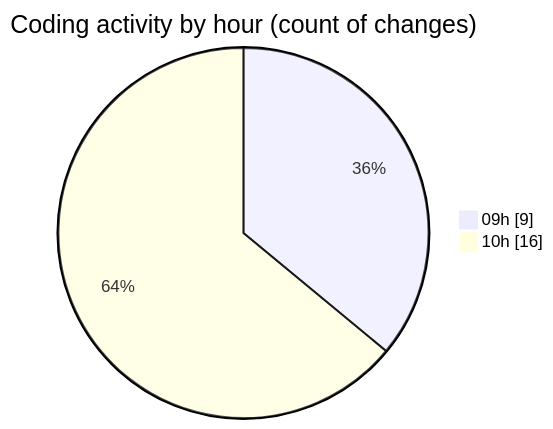
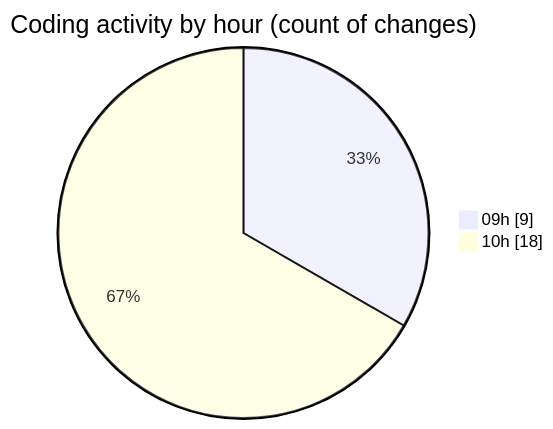
The second of 2 diagrams in 2025-03-24/cda/README.md (momahboobian/code-tracking), drawn with Mermaid before and after one commit. The commit also changed other lines of this file and 1 other file, not shown here.

````diff
--- a/2025-03-24/cda/README.md
+++ b/2025-03-24/cda/README.md
@@ -42,6 +42,6 @@
 ```mermaid
 pie showData
 title Coding activity by hour (count of changes)
 "09h" : 9
-"10h" : 16
+"10h" : 18
 ```
````
